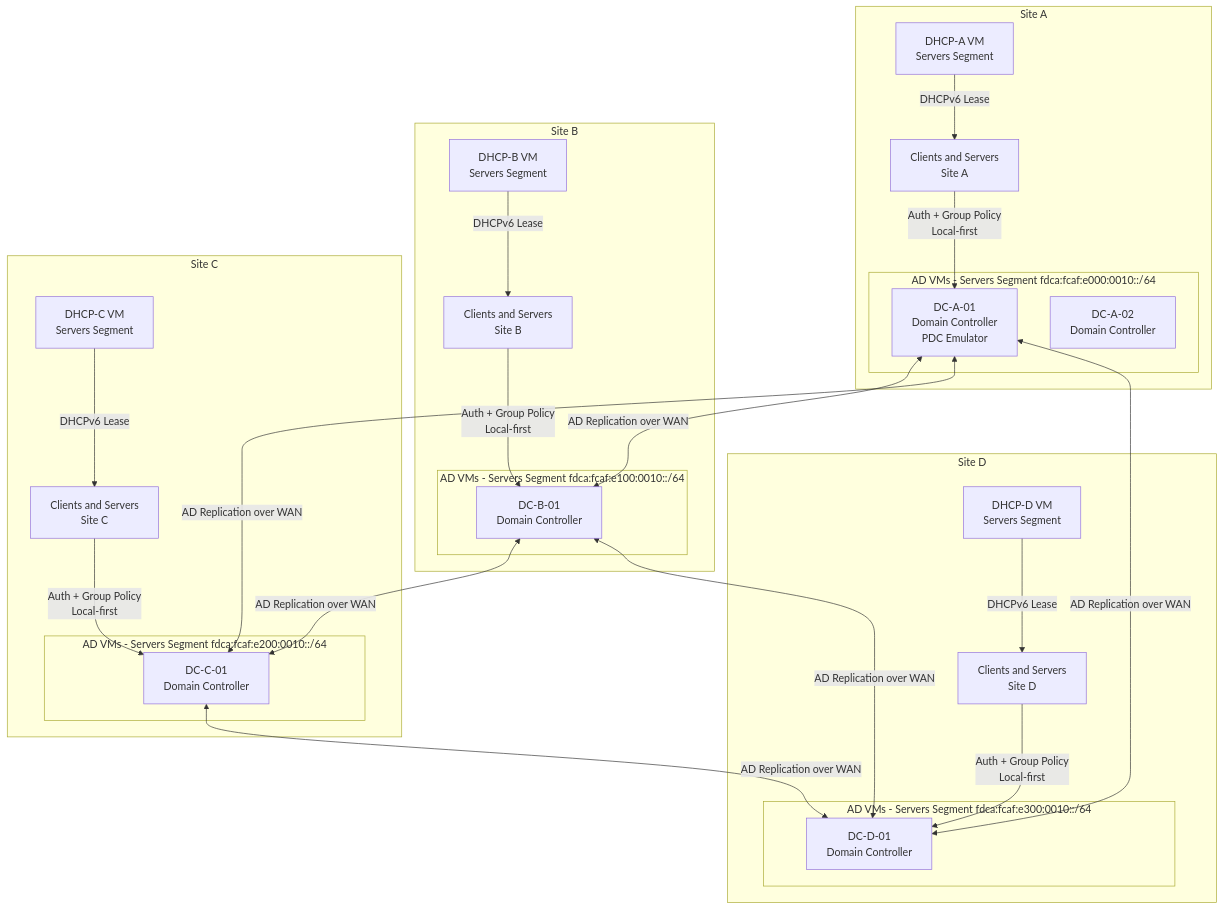
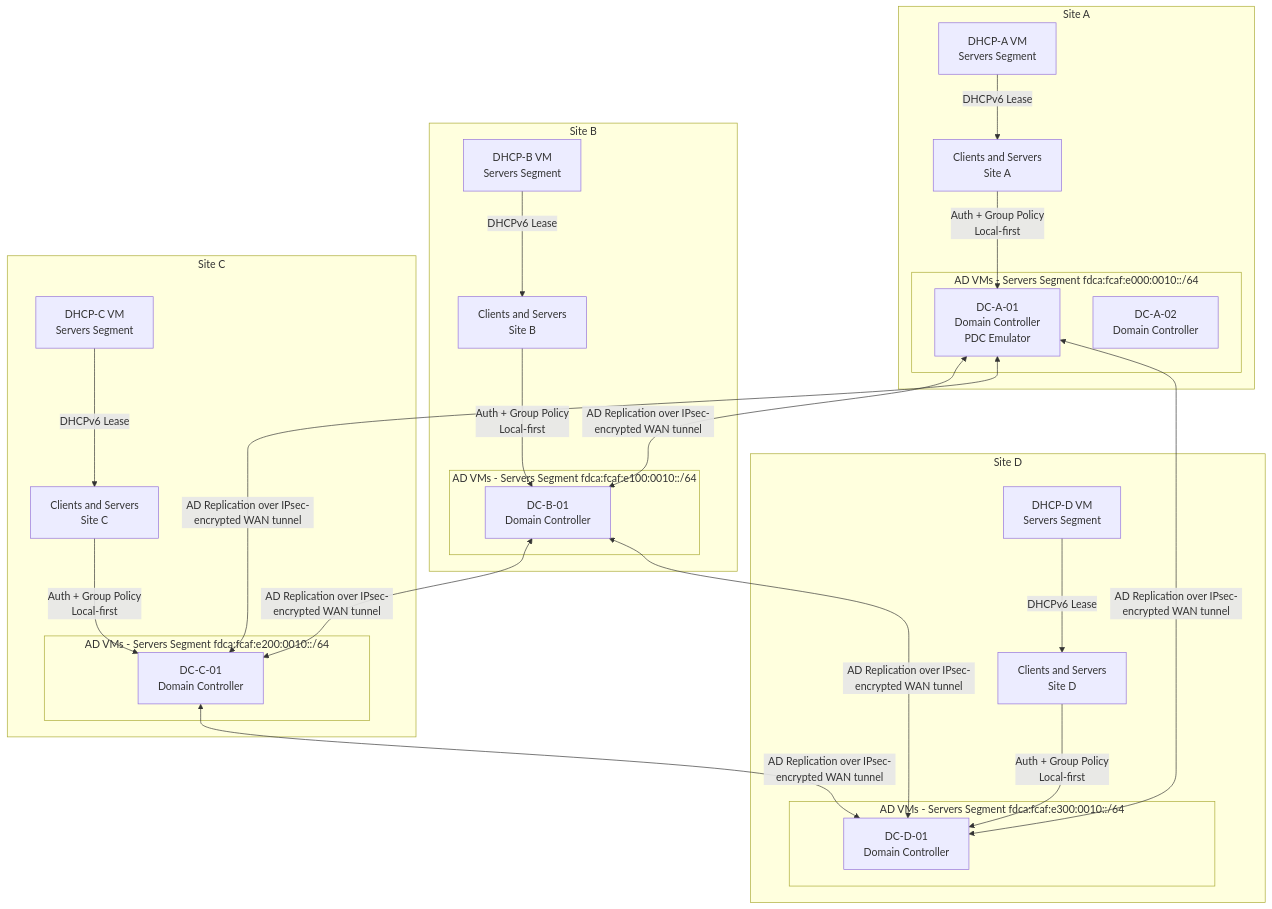
One commit to pancakesaregood/distributed-dc changed the diagram in network-spanned-dc/docs/03_diagrams/dhcp_ad_services.mmd.md. Above: the diagram before and after it, drawn with Mermaid. The commit also changed other lines of this file and 12 other files, not shown here.

````diff
--- a/network-spanned-dc/docs/03_diagrams/dhcp_ad_services.mmd.md
+++ b/network-spanned-dc/docs/03_diagrams/dhcp_ad_services.mmd.md
@@ -7,53 +7,53 @@
 ```mermaid
 graph TD
 
   subgraph SA[Site A]
     subgraph ADSA[AD VMs - Servers Segment fdca:fcaf:e000:0010::/64]
       DCA1[DC-A-01\nDomain Controller\nPDC Emulator]
       DCA2[DC-A-02\nDomain Controller]
     end
     DHCPA[DHCP-A VM\nServers Segment]
     CLTA[Clients and Servers\nSite A]
   end
 
   subgraph SB[Site B]
     subgraph ADSB[AD VMs - Servers Segment fdca:fcaf:e100:0010::/64]
       DCB1[DC-B-01\nDomain Controller]
     end
     DHCPB[DHCP-B VM\nServers Segment]
     CLTB[Clients and Servers\nSite B]
   end
 
   subgraph SC[Site C]
     subgraph ADSC[AD VMs - Servers Segment fdca:fcaf:e200:0010::/64]
       DCC1[DC-C-01\nDomain Controller]
     end
     DHCPC[DHCP-C VM\nServers Segment]
     CLTC[Clients and Servers\nSite C]
   end
 
   subgraph SD[Site D]
     subgraph ADSD[AD VMs - Servers Segment fdca:fcaf:e300:0010::/64]
       DCD1[DC-D-01\nDomain Controller]
     end
     DHCPD[DHCP-D VM\nServers Segment]
     CLTD[Clients and Servers\nSite D]
   end
 
-  DCA1 <-->|AD Replication over WAN| DCB1
-  DCA1 <-->|AD Replication over WAN| DCC1
-  DCA1 <-->|AD Replication over WAN| DCD1
-  DCB1 <-->|AD Replication over WAN| DCC1
-  DCB1 <-->|AD Replication over WAN| DCD1
-  DCC1 <-->|AD Replication over WAN| DCD1
+  DCA1 <-->|AD Replication over IPsec-encrypted WAN tunnel| DCB1
+  DCA1 <-->|AD Replication over IPsec-encrypted WAN tunnel| DCC1
+  DCA1 <-->|AD Replication over IPsec-encrypted WAN tunnel| DCD1
+  DCB1 <-->|AD Replication over IPsec-encrypted WAN tunnel| DCC1
+  DCB1 <-->|AD Replication over IPsec-encrypted WAN tunnel| DCD1
+  DCC1 <-->|AD Replication over IPsec-encrypted WAN tunnel| DCD1
 
   DHCPA -->|DHCPv6 Lease| CLTA
   DHCPB -->|DHCPv6 Lease| CLTB
   DHCPC -->|DHCPv6 Lease| CLTC
   DHCPD -->|DHCPv6 Lease| CLTD
 
   CLTA -->|Auth + Group Policy\nLocal-first| DCA1
   CLTB -->|Auth + Group Policy\nLocal-first| DCB1
   CLTC -->|Auth + Group Policy\nLocal-first| DCC1
   CLTD -->|Auth + Group Policy\nLocal-first| DCD1
 ```
````
